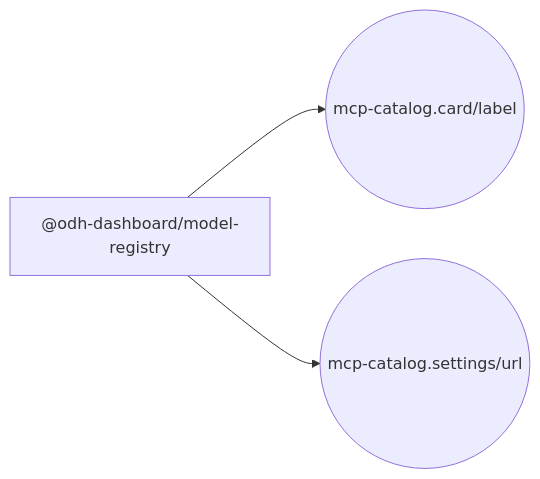
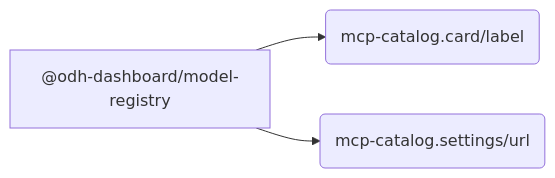
The third of 5 diagrams in packages/model-registry/docs/extensions.md (mturley/odh-dashboard), drawn with Mermaid before and after one commit. The commit also changed other lines of this file and 24 other files, not shown here.

````diff
--- a/packages/model-registry/docs/extensions.md
+++ b/packages/model-registry/docs/extensions.md
@@ -210,8 +210,8 @@
 ```mermaid
 flowchart LR
   pkg_n__odh_dashboard_model_registry_92e561["@odh-dashboard/model-registry"]
-  point_n_mcp_catalog_card_label_e5432e(("mcp-catalog.card/label"))
+  point_n_mcp_catalog_card_label_e5432e("mcp-catalog.card/label")
   pkg_n__odh_dashboard_model_registry_92e561 --> point_n_mcp_catalog_card_label_e5432e
-  point_n_mcp_catalog_settings_url_2e25fe(("mcp-catalog.settings/url"))
+  point_n_mcp_catalog_settings_url_2e25fe("mcp-catalog.settings/url")
   pkg_n__odh_dashboard_model_registry_92e561 --> point_n_mcp_catalog_settings_url_2e25fe
 ```
````
